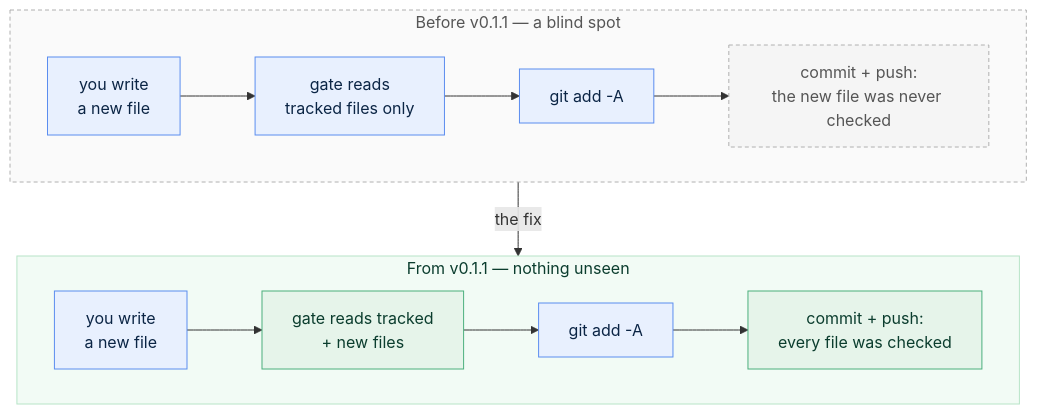
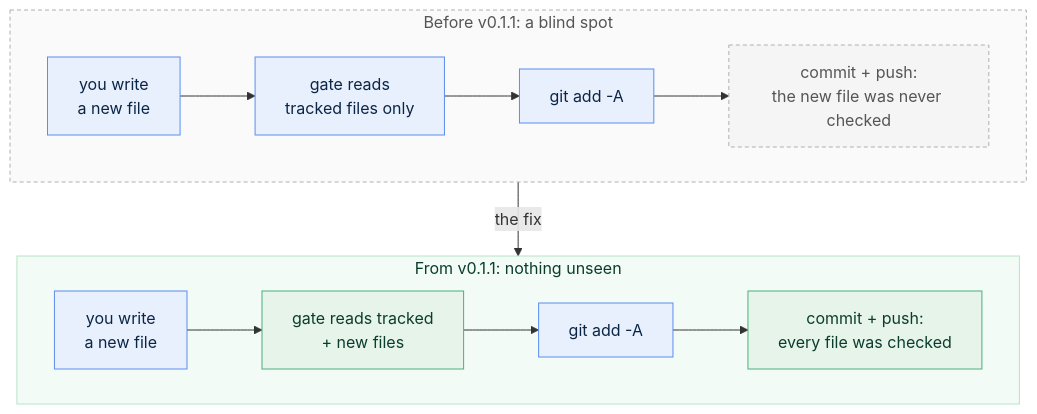
One commit to akannan2987/strainscope changed the third of 3 diagrams in docs/HANDBOOK.md. Above: the diagram before and after it, drawn with Mermaid. The commit also changed other lines of this file and 103 other files, not shown here.

````diff
--- a/docs/HANDBOOK.md
+++ b/docs/HANDBOOK.md
@@ -219,21 +219,21 @@
 ```mermaid
 flowchart TB
-    subgraph BEFORE["Before v0.1.1 — a blind spot"]
+    subgraph BEFORE["Before v0.1.1: a blind spot"]
         direction LR
         B1["you write<br/>a new file"] --> B2["gate reads<br/>tracked files only"] --> B3["git add -A"] --> B4["commit + push:<br/>the new file was never checked"]
     end
-    subgraph AFTER["From v0.1.1 — nothing unseen"]
+    subgraph AFTER["From v0.1.1: nothing unseen"]
         direction LR
         A1["you write<br/>a new file"] --> A2["gate reads tracked<br/>+ new files"] --> A3["git add -A"] --> A4["commit + push:<br/>every file was checked"]
     end
     BEFORE -->|"the fix"| AFTER
 
     classDef laptop fill:#E8F0FE,stroke:#5B8DEF,color:#0B2545;
     classDef cloud fill:#E6F4EA,stroke:#4CAF7D,color:#0B3D2E;
     classDef roadmap fill:#F5F5F5,stroke:#B0B0B0,color:#555555,stroke-dasharray:4 3;
     class B1,B2,B3,A1,A3 laptop
     class B4 roadmap
     class A2,A4 cloud
     style BEFORE fill:#FAFAFA,stroke:#B0B0B0,color:#555555,stroke-dasharray:4 3
     style AFTER fill:#F2FBF5,stroke:#B7E4C7,color:#0B3D2E
 ```
````
